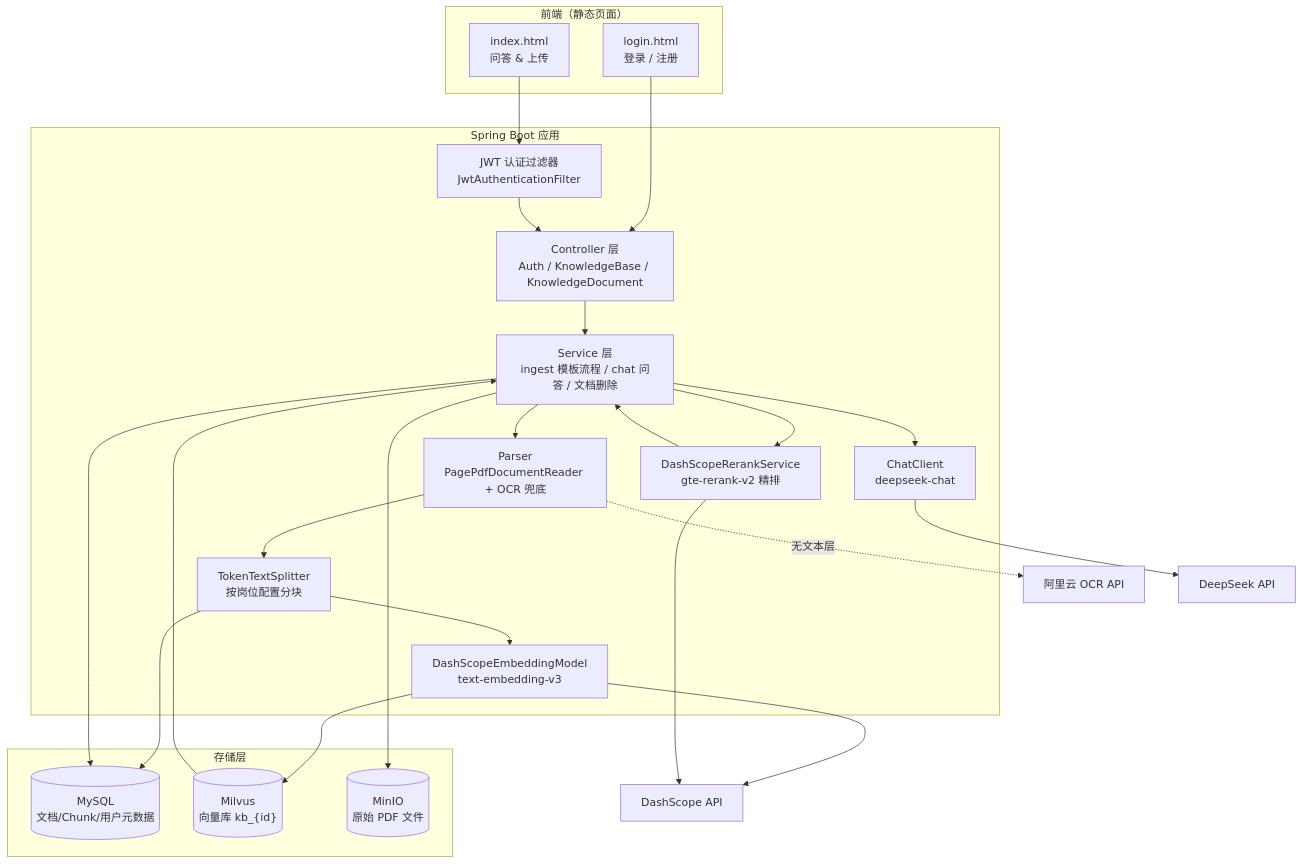
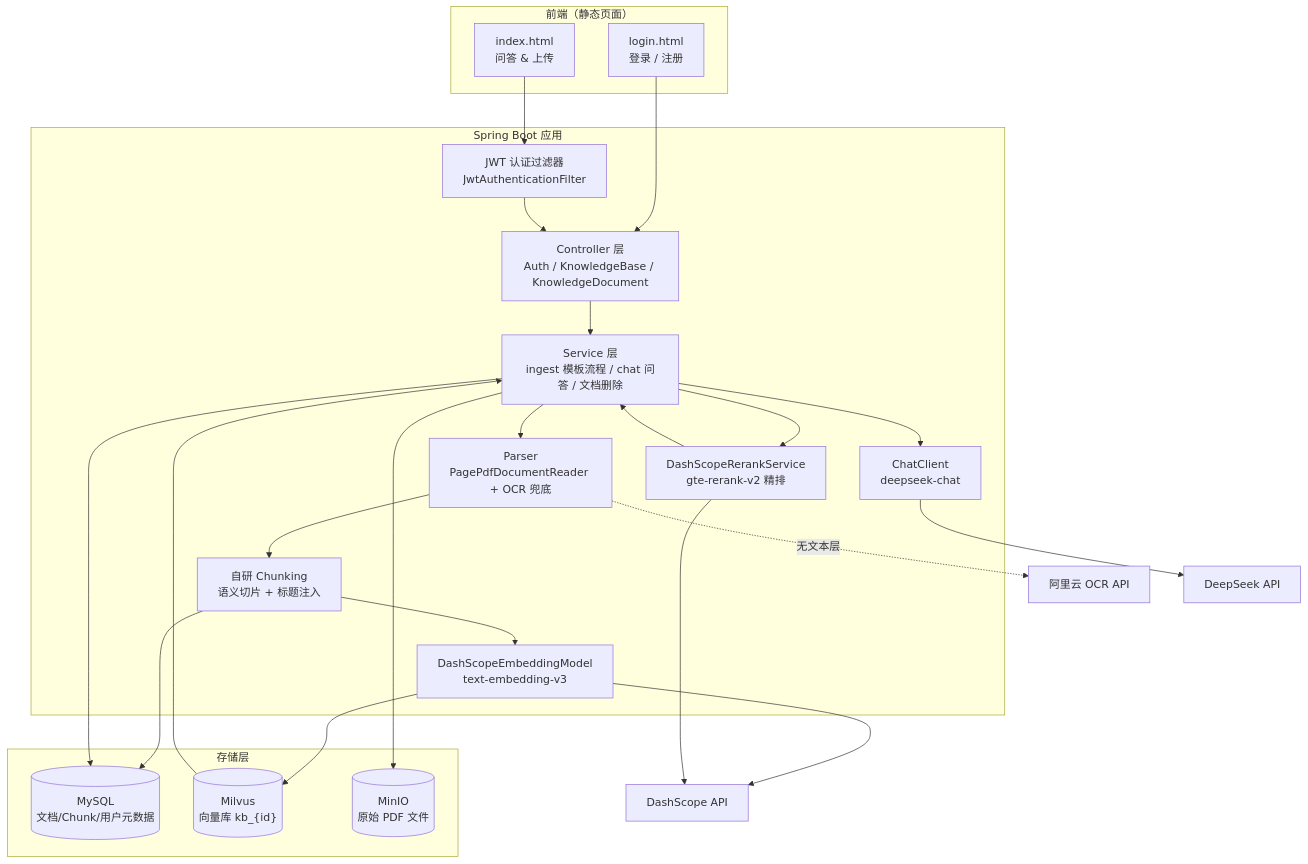
One commit to wjklovemmy/spring-ai-rag-demo changed the diagram in README.md. Above: the diagram before and after it, drawn with Mermaid. The commit also changed other lines of this file and 5 other files, not shown here.

````diff
--- a/README.md
+++ b/README.md
@@ -48,43 +48,43 @@
 ```mermaid
 graph TB
     subgraph Frontend["前端（静态页面）"]
         LOGIN["login.html<br/>登录 / 注册"]
         INDEX["index.html<br/>问答 & 上传"]
     end
 
     subgraph Backend["Spring Boot 应用"]
         CTRL["Controller 层<br/>Auth / KnowledgeBase / KnowledgeDocument"]
         AUTH["JWT 认证过滤器<br/>JwtAuthenticationFilter"]
         SVC["Service 层<br/>ingest 模板流程 / chat 问答 / 文档删除"]
         PARSER["Parser<br/>PagePdfDocumentReader + OCR 兜底"]
-        SPLIT["TokenTextSplitter<br/>按岗位配置分块"]
+        SPLIT["自研 Chunking<br/>语义切片 + 标题注入"]
         EMBED["DashScopeEmbeddingModel<br/>text-embedding-v3"]
         RERANK["DashScopeRerankService<br/>gte-rerank-v2 精排"]
         CHAT["ChatClient<br/>deepseek-chat"]
     end
 
     subgraph Storage["存储层"]
         MYSQL[("MySQL<br/>文档/Chunk/用户元数据")]
         MILVUS[("Milvus<br/>向量库 kb_{id}")]
         MINIO[("MinIO<br/>原始 PDF 文件")]
     end
 
     OCRSVC["阿里云 OCR API"]
     AI["DeepSeek API"]
     DS["DashScope API"]
 
     LOGIN --> CTRL
     INDEX --> AUTH --> CTRL
     CTRL --> SVC
     SVC --> PARSER --> SPLIT
     PARSER -.无文本层.-> OCRSVC
     SPLIT --> MYSQL
     SPLIT --> EMBED --> DS
     EMBED --> MILVUS
     SVC --> CHAT --> AI
     MILVUS --> SVC
     SVC --> RERANK --> DS
     RERANK --> SVC
     SVC --> MINIO
     SVC --> MYSQL
 ```
````
